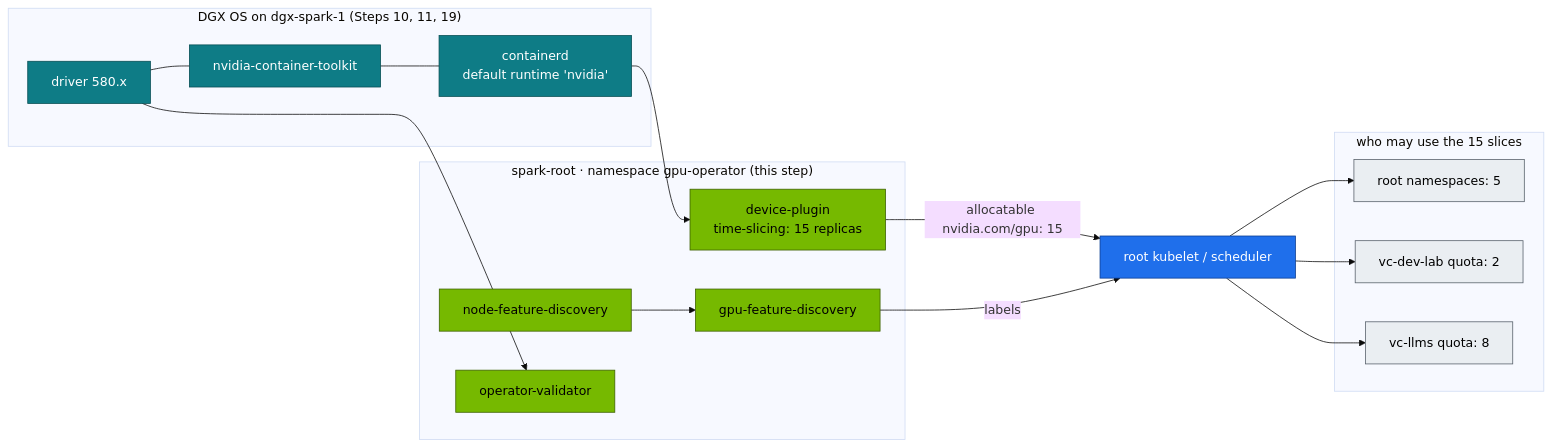
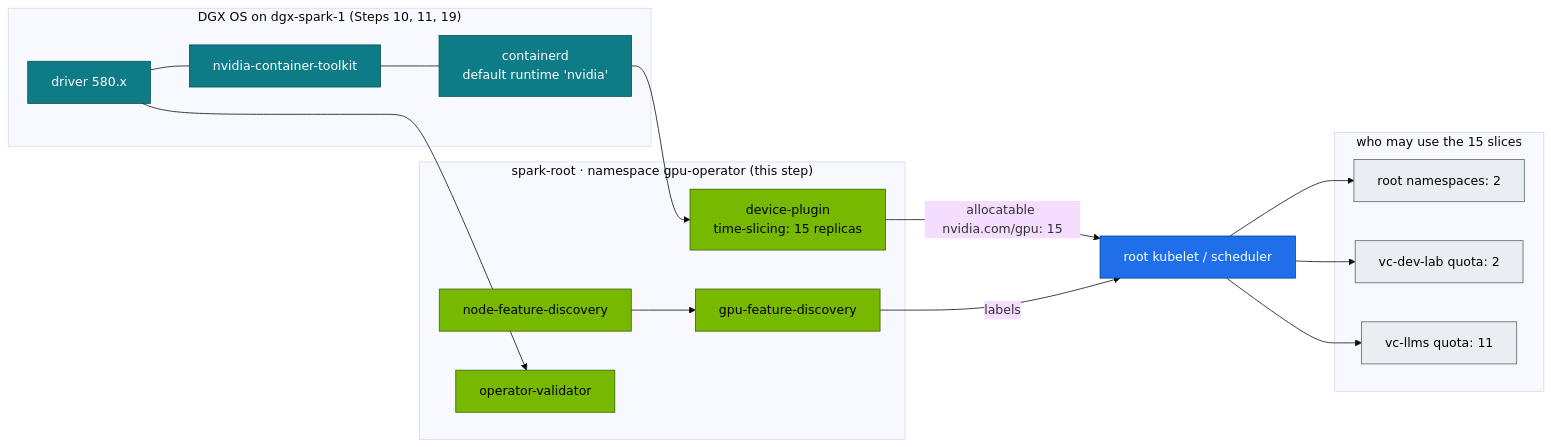
Before and after one commit to cloudone365/technical-depth: the diagram in 01-Ansible/20-nvidia-gpu-operator-and-time-slicing.md, drawn with Mermaid (base theme). The commit also changed other lines of this file and 48 other files, not shown here.

````diff
--- a/01-Ansible/20-nvidia-gpu-operator-and-time-slicing.md
+++ b/01-Ansible/20-nvidia-gpu-operator-and-time-slicing.md
@@ -31,29 +31,29 @@
 ```mermaid
 flowchart LR
   subgraph HOST["DGX OS on dgx-spark-1 (Steps 10, 11, 19)"]
     DRV["driver 580.x"] --- TK["nvidia-container-toolkit"] --- RT["containerd<br/>default runtime 'nvidia'"]
   end
   subgraph OP["spark-root · namespace gpu-operator (this step)"]
     NFD["node-feature-discovery"] --> GFD["gpu-feature-discovery"]
     DP["device-plugin<br/>time-slicing: 15 replicas"]
     VAL["operator-validator"]
   end
   subgraph BUD["who may use the 15 slices"]
-    R["root namespaces: 5"]
+    R["root namespaces: 2"]
     D["vc-dev-lab quota: 2"]
-    L["vc-llms quota: 8"]
+    L["vc-llms quota: 11"]
   end
   RT --> DP
   DRV --> VAL
   DP -->|"allocatable nvidia.com/gpu: 15"| K["root kubelet / scheduler"]
   GFD -->|labels| K
   K --> R & D & L
   classDef node fill:#0e7c86,stroke:#064e54,color:#fff
   classDef gpu fill:#76b900,stroke:#3d6000,color:#000
   classDef ctrl fill:#1f6feb,stroke:#0b3d91,color:#fff
   classDef tenant fill:#eaeef2,stroke:#57606a,color:#000
   class DRV,TK,RT node
   class NFD,GFD,DP,VAL gpu
   class K ctrl
   class R,D,L tenant
 ```
````
